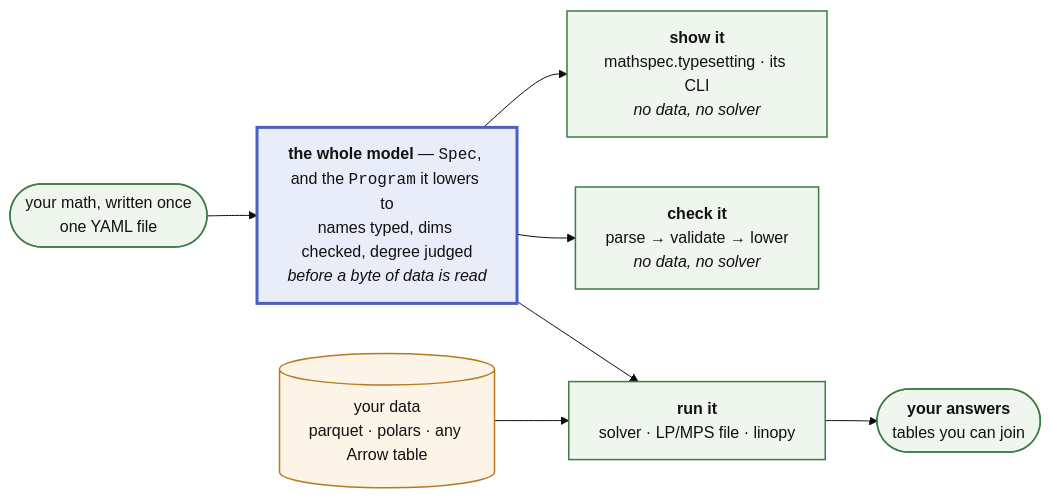
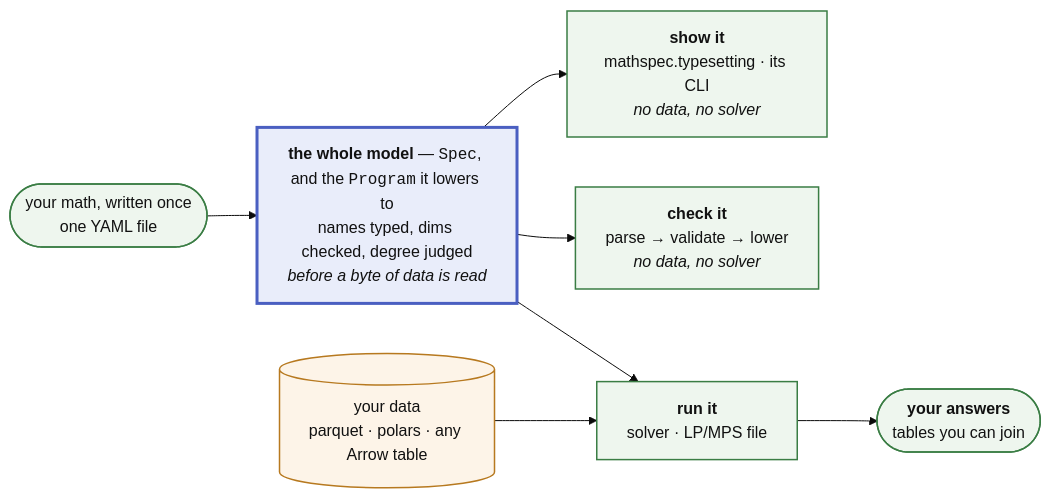
One commit to fluxopt/lpspec changed the second of 2 diagrams in docs/about/architecture.md. Above: the diagram before and after it, drawn with Mermaid (base theme). The commit also changed other lines of this file and 58 other files, not shown here.

````diff
--- a/docs/about/architecture.md
+++ b/docs/about/architecture.md
@@ -155,16 +155,16 @@
 ```mermaid
 flowchart LR
     Y(["your math, written once<br/>one YAML file"]) --> AST
     AST["<b>the whole model</b> — <code>Spec</code>, and the <code>Program</code> it lowers to<br/>names typed, dims checked, degree judged<br/><i>before a byte of data is read</i>"]
     AST --> SHOW["<b>show it</b><br/>mathspec.typesetting · its CLI<br/><i>no data, no solver</i>"]
     AST --> CHECK["<b>check it</b><br/>parse → validate → lower<br/><i>no data, no solver</i>"]
-    AST --> RUN["<b>run it</b><br/>solver · LP/MPS file · linopy"]
+    AST --> RUN["<b>run it</b><br/>solver · LP/MPS file"]
     DATA[("your data<br/>parquet · polars · any Arrow table")] --> RUN
     RUN --> ANS(["<b>your answers</b><br/>tables you can join"])
     classDef built fill:#eef6ee,stroke:#3a7d44,stroke-width:1.5px,color:#111
     classDef waist fill:#e9edfa,stroke:#4a5fc1,stroke-width:3px,color:#111
     classDef data fill:#fdf4e8,stroke:#b7791f,stroke-width:1.5px,color:#111
     class Y,SHOW,CHECK,RUN,ANS built
     class AST waist
     class DATA data
 ```
````
